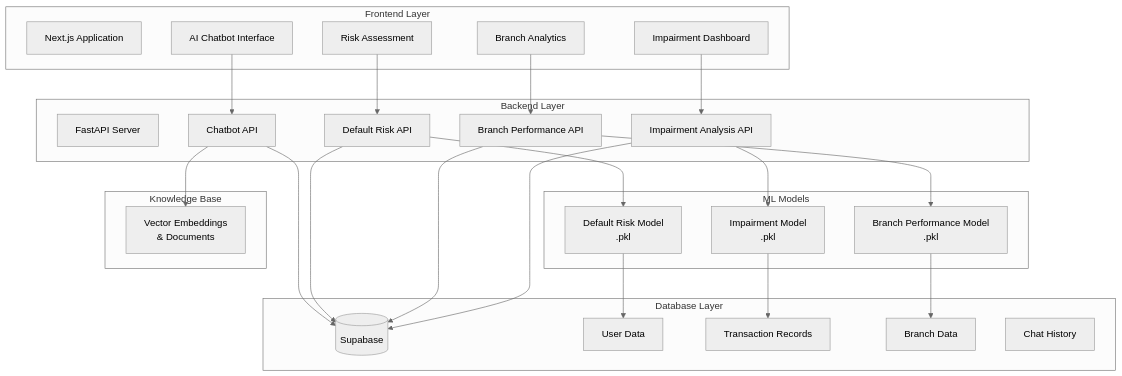
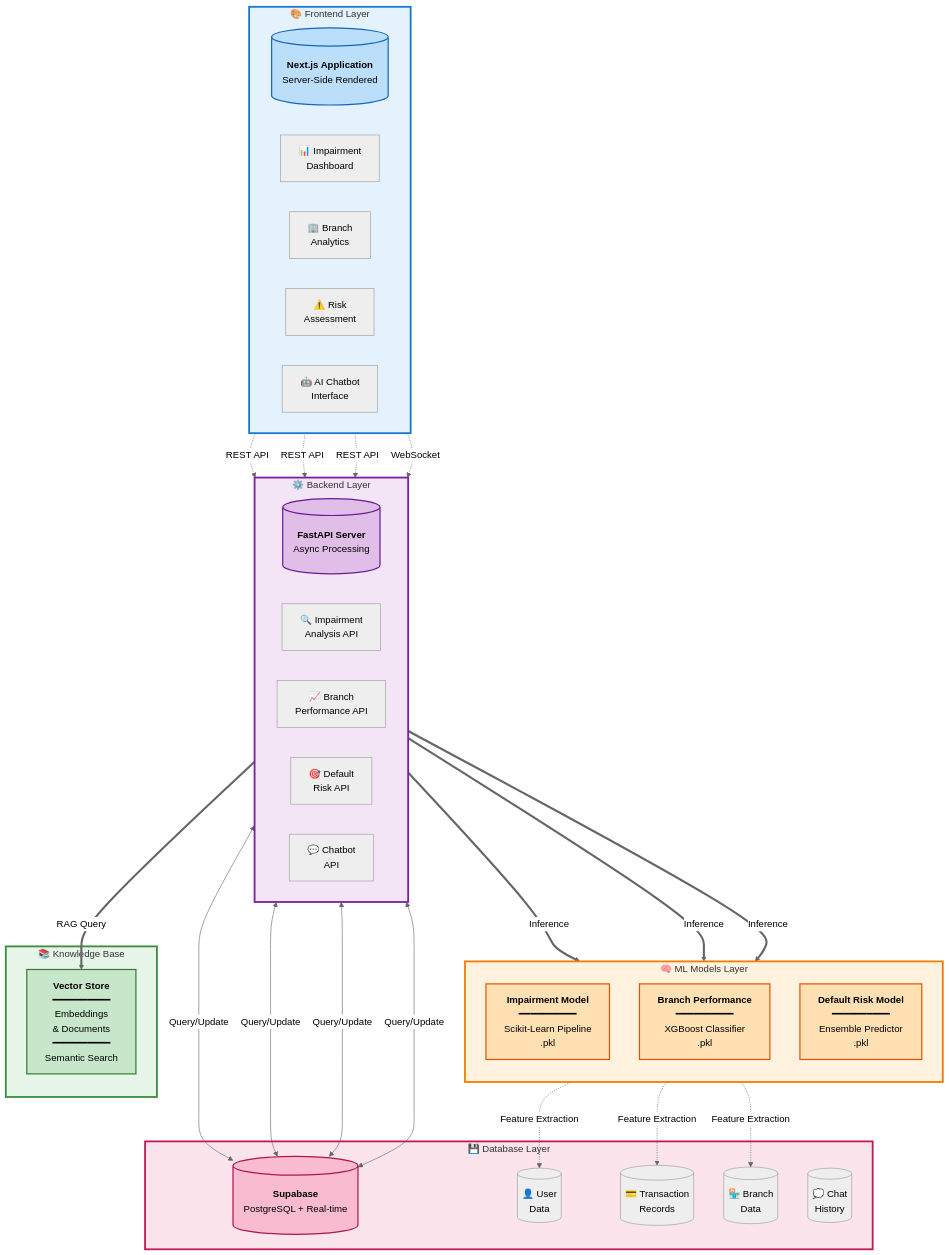
One commit to lasinduSemasingha/CreditSense-AI changed the diagram in README.md. Above: the diagram before and after it, drawn with Mermaid (neutral theme).

Commit message:
Enhance system architecture diagram in README

````diff
--- a/README.md
+++ b/README.md
@@ -18,55 +18,73 @@
 ```mermaid
 graph TB
-    subgraph "Frontend Layer"
-        A[Next.js Application]
-        A1[Impairment Dashboard]
-        A2[Branch Analytics]
-        A3[Risk Assessment]
-        A4[AI Chatbot Interface]
+    subgraph Frontend["🎨 Frontend Layer"]
+        direction LR
+        A[("<div style='padding:10px'><b>Next.js Application</b><br/>Server-Side Rendered</div>")]
+        A1["📊 Impairment<br/>Dashboard"]
+        A2["🏢 Branch<br/>Analytics"]
+        A3["⚠️ Risk<br/>Assessment"]
+        A4["🤖 AI Chatbot<br/>Interface"]
     end
-
-    subgraph "Backend Layer"
-        B[FastAPI Server]
-        B1[Impairment Analysis API]
-        B2[Branch Performance API]
-        B3[Default Risk API]
-        B4[Chatbot API]
+    
+    subgraph Backend["⚙️ Backend Layer"]
+        direction LR
+        B[("<div style='padding:10px'><b>FastAPI Server</b><br/>Async Processing</div>")]
+        B1["🔍 Impairment<br/>Analysis API"]
+        B2["📈 Branch<br/>Performance API"]
+        B3["🎯 Default<br/>Risk API"]
+        B4["💬 Chatbot<br/>API"]
     end
-
-    subgraph "ML Models"
-        C1[Impairment Model<br/>.pkl]
-        C2[Branch Performance Model<br/>.pkl]
-        C3[Default Risk Model<br/>.pkl]
+    
+    subgraph ML["🧠 ML Models Layer"]
+        direction TB
+        C1["<b>Impairment Model</b><br/>━━━━━━━━━━<br/>Scikit-Learn Pipeline<br/>.pkl"]
+        C2["<b>Branch Performance</b><br/>━━━━━━━━━━<br/>XGBoost Classifier<br/>.pkl"]
+        C3["<b>Default Risk Model</b><br/>━━━━━━━━━━<br/>Ensemble Predictor<br/>.pkl"]
     end
-
-    subgraph "Knowledge Base"
-        D[Vector Embeddings<br/>& Documents]
+    
+    subgraph KB["📚 Knowledge Base"]
+        D["<b>Vector Store</b><br/>━━━━━━━━━━<br/>Embeddings<br/>& Documents<br/>━━━━━━━━━━<br/>Semantic Search"]
     end
-
-    subgraph "Database Layer"
-        E[(Supabase)]
-        E1[User Data]
-        E2[Transaction Records]
-        E3[Branch Data]
-        E4[Chat History]
+    
+    subgraph Database["💾 Database Layer"]
+        E[("<div style='padding:10px'><b>Supabase</b><br/>PostgreSQL + Real-time</div>")]
+        E1[("👤 User<br/>Data")]
+        E2[("💳 Transaction<br/>Records")]
+        E3[("🏪 Branch<br/>Data")]
+        E4[("💭 Chat<br/>History")]
     end
-
-    A1 --> B1
-    A2 --> B2
-    A3 --> B3
-    A4 --> B4
-
-    B1 --> C1
-    B2 --> C2
-    B3 --> C3
-    B4 --> D
-
-    B1 --> E
-    B2 --> E
-    B3 --> E
-    B4 --> E
-
-    C1 --> E2
-    C2 --> E3
-    C3 --> E1
+    
+    A1 -.->|REST API| B1
+    A2 -.->|REST API| B2
+    A3 -.->|REST API| B3
+    A4 -.->|WebSocket| B4
+    
+    B1 ==>|Inference| C1
+    B2 ==>|Inference| C2
+    B3 ==>|Inference| C3
+    B4 ==>|RAG Query| D
+    
+    B1 <-->|Query/Update| E
+    B2 <-->|Query/Update| E
+    B3 <-->|Query/Update| E
+    B4 <-->|Query/Update| E
+    
+    C1 -.->|Feature Extraction| E2
+    C2 -.->|Feature Extraction| E3
+    C3 -.->|Feature Extraction| E1
+    
+    style Frontend fill:#e3f2fd,stroke:#1976d2,stroke-width:3px
+    style Backend fill:#f3e5f5,stroke:#7b1fa2,stroke-width:3px
+    style ML fill:#fff3e0,stroke:#f57c00,stroke-width:3px
+    style KB fill:#e8f5e9,stroke:#388e3c,stroke-width:3px
+    style Database fill:#fce4ec,stroke:#c2185b,stroke-width:3px
+    
+    style A fill:#bbdefb,stroke:#1565c0,stroke-width:2px
+    style B fill:#e1bee7,stroke:#6a1b9a,stroke-width:2px
+    style E fill:#f8bbd0,stroke:#ad1457,stroke-width:2px
+    
+    style C1 fill:#ffe0b2,stroke:#e65100,stroke-width:2px
+    style C2 fill:#ffe0b2,stroke:#e65100,stroke-width:2px
+    style C3 fill:#ffe0b2,stroke:#e65100,stroke-width:2px
+    style D fill:#c8e6c9,stroke:#2e7d32,stroke-width:2px
 ```
````
